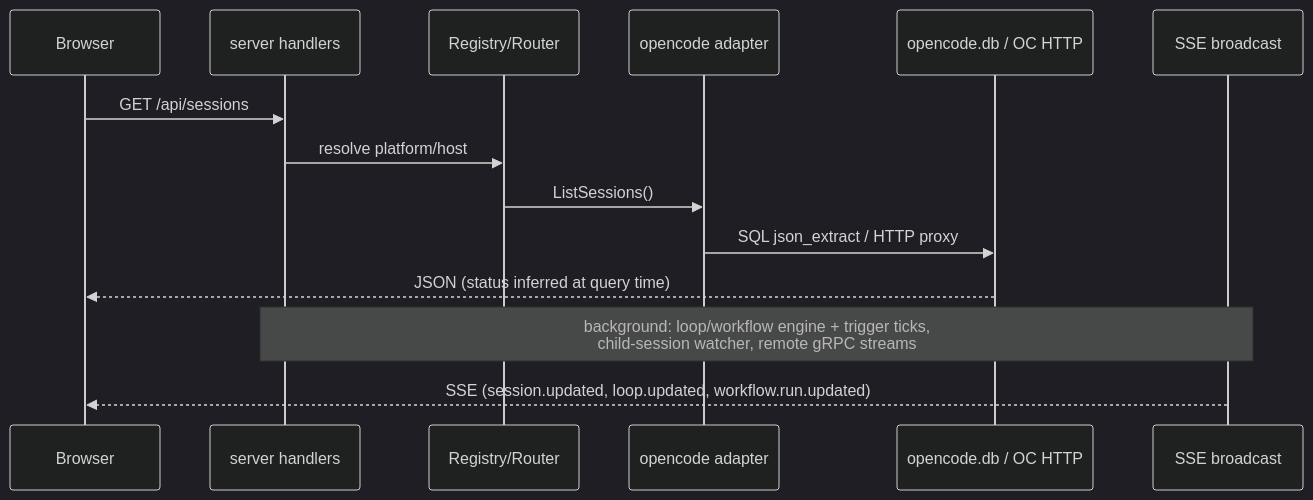
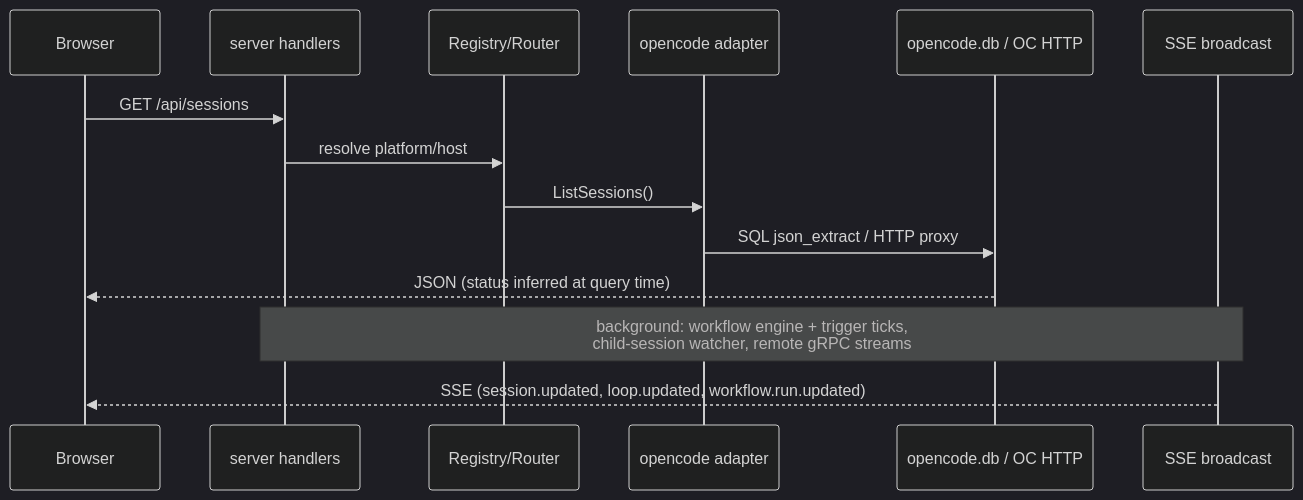
The third of 4 diagrams in docs/architecture.md (ocman/ocman), drawn with Mermaid (dark theme) before and after one commit. The commit also changed other lines of this file and 15 other files, not shown here.

````diff
--- a/docs/architecture.md
+++ b/docs/architecture.md
@@ -139,17 +140,17 @@
 ```mermaid
 sequenceDiagram
     participant B as Browser
     participant S as server handlers
     participant R as Registry/Router
     participant A as opencode adapter
     participant D as opencode.db / OC HTTP
     participant E as SSE broadcast
 
     B->>S: GET /api/sessions
     S->>R: resolve platform/host
     R->>A: ListSessions()
     A->>D: SQL json_extract / HTTP proxy
     D-->>B: JSON (status inferred at query time)
-    Note over S,E: background: loop/workflow engine + trigger ticks,<br/>child-session watcher, remote gRPC streams
+     Note over S,E: background: workflow engine + trigger ticks,<br/>child-session watcher, remote gRPC streams
     E-->>B: SSE (session.updated, loop.updated, workflow.run.updated)
 ```
````
